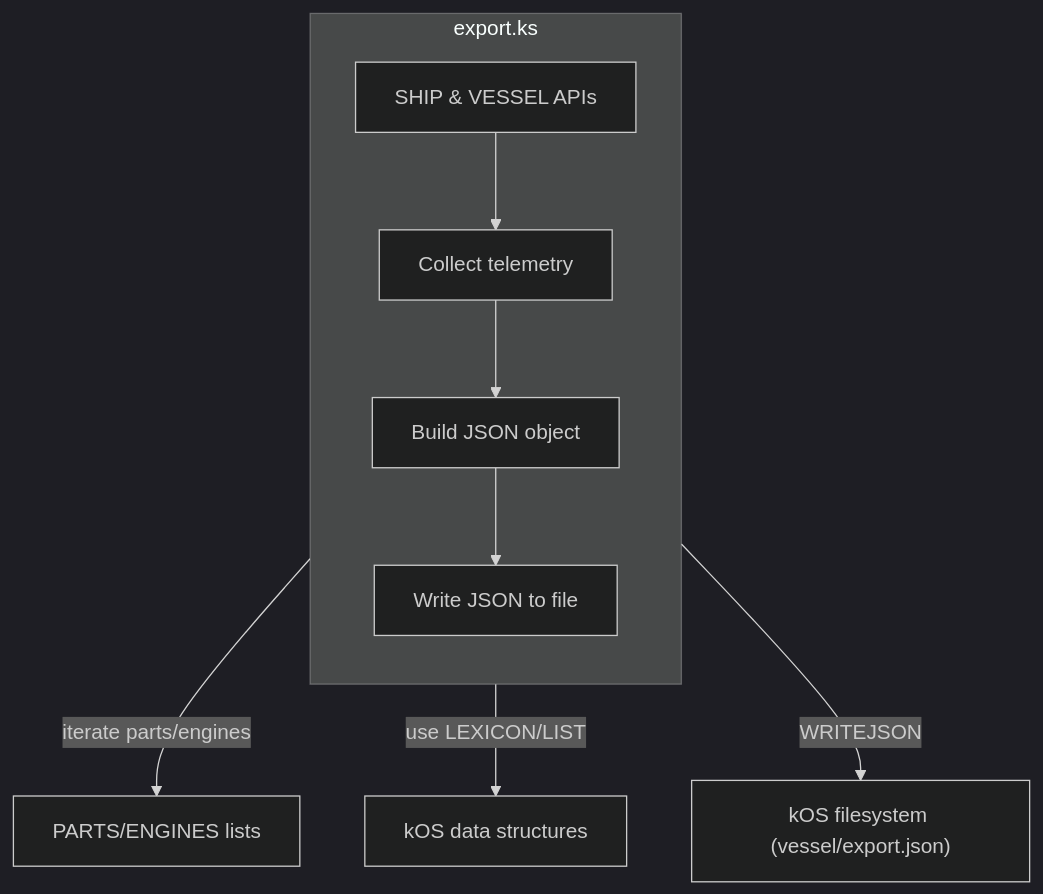
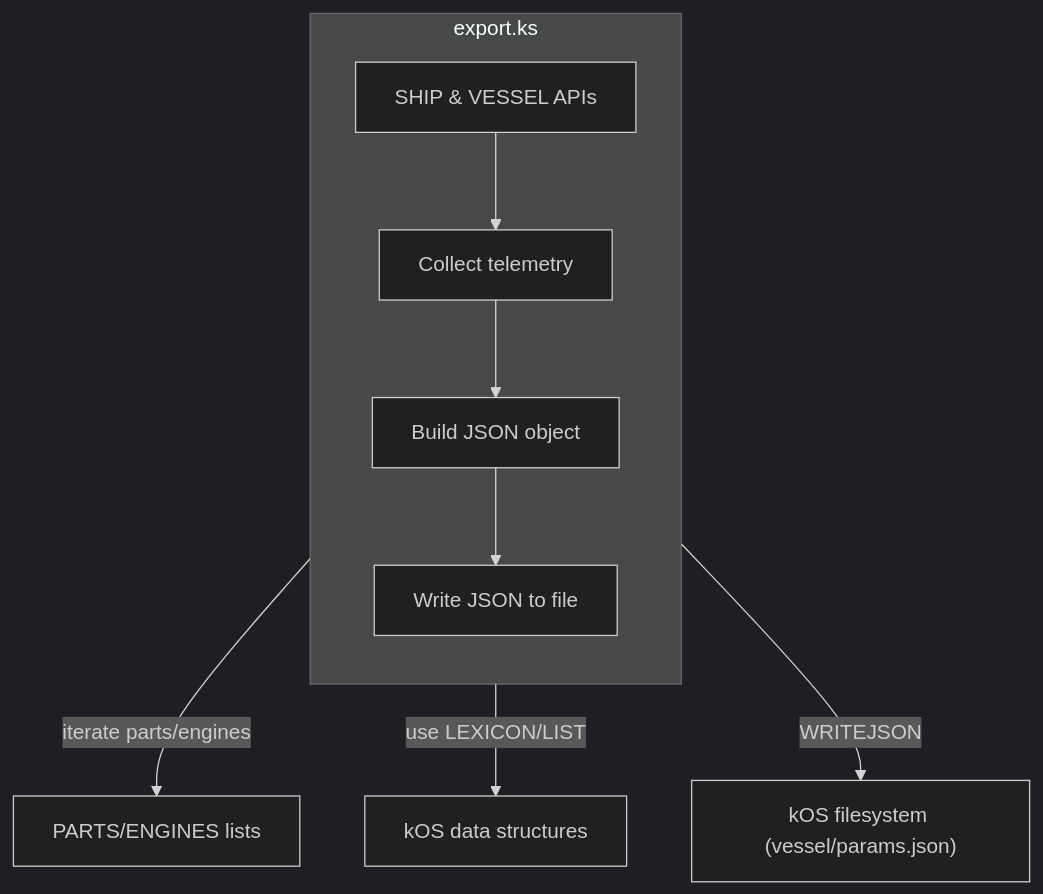
Before and after one commit to bogeunjeong0906/Ojinger-Aerospace: the second of 2 diagrams in architecture_map.md, drawn with Mermaid (dark theme). The commit also changed 53 other files, not shown here.

````diff
--- a/architecture_map.md
+++ b/architecture_map.md
@@ -33,13 +33,13 @@
 ```mermaid
 graph TD
     subgraph export_ks [export.ks]
         direction TB
         shipAPI["SHIP & VESSEL APIs"] --> collect[Collect telemetry]
         collect --> build[Build JSON object]
         build --> fileWrite[Write JSON to file]
     end
 
     collect -->|iterate parts/engines| parts["PARTS/ENGINES lists"]
     build -->|use LEXICON/LIST| structures["kOS data structures"]
-    fileWrite -->|WRITEJSON| filesystem["kOS filesystem (vessel/export.json)"]
+    fileWrite -->|WRITEJSON| filesystem["kOS filesystem (vessel/params.json)"]
 ```
````
